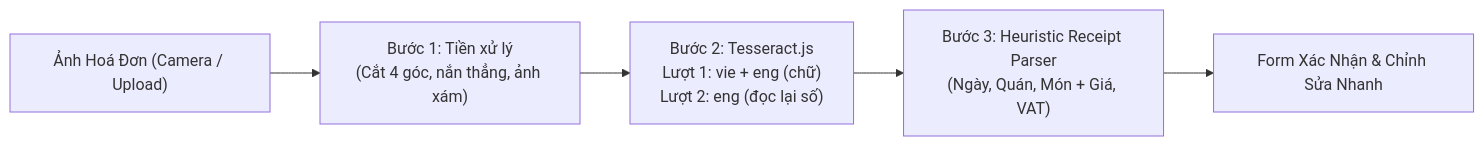
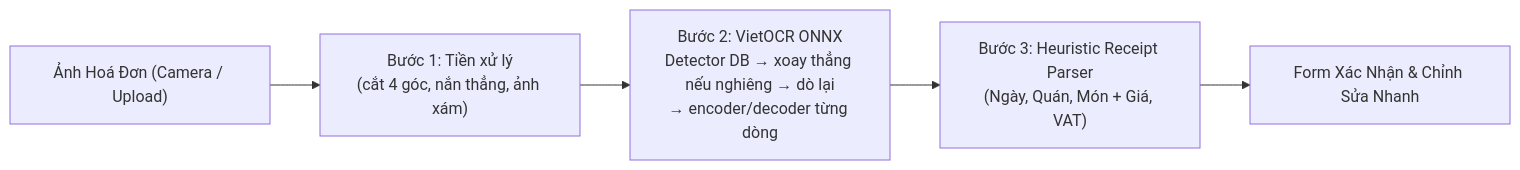
Before and after one commit to sakutara/chia-tien: the diagram in documentation/ocr-pipeline.md, drawn with Mermaid. The commit also changed other lines of this file and 6 other files, not shown here.

First line of the commit message:
VietOCR: ảnh xám, tự xoay thẳng bill nghiêng, dòng chữ thu nhỏ mượt

````diff
--- a/documentation/ocr-pipeline.md
+++ b/documentation/ocr-pipeline.md
@@ -9,7 +9,7 @@
 ```mermaid
 flowchart LR
-    Img["Ảnh Hoá Đơn (Camera / Upload)"] --> Pre["Bước 1: Tiền xử lý\n(Cắt 4 góc, nắn thẳng, ảnh xám)"]
-    Pre --> Tess["Bước 2: Tesseract.js\nLượt 1: vie + eng (chữ)\nLượt 2: eng (đọc lại số)"]
-    Tess --> Parser["Bước 3: Heuristic Receipt Parser\n(Ngày, Quán, Món + Giá, VAT)"]
+    Img["Ảnh Hoá Đơn (Camera / Upload)"] --> Pre["Bước 1: Tiền xử lý\n(cắt 4 góc, nắn thẳng, ảnh xám)"]
+    Pre --> Vie["Bước 2: VietOCR ONNX\nDetector DB → xoay thẳng nếu nghiêng → dò lại\n→ encoder/decoder từng dòng"]
+    Vie --> Parser["Bước 3: Heuristic Receipt Parser\n(Ngày, Quán, Món + Giá, VAT)"]
     Parser --> Review["Form Xác Nhận & Chỉnh Sửa Nhanh"]
 ```
````
